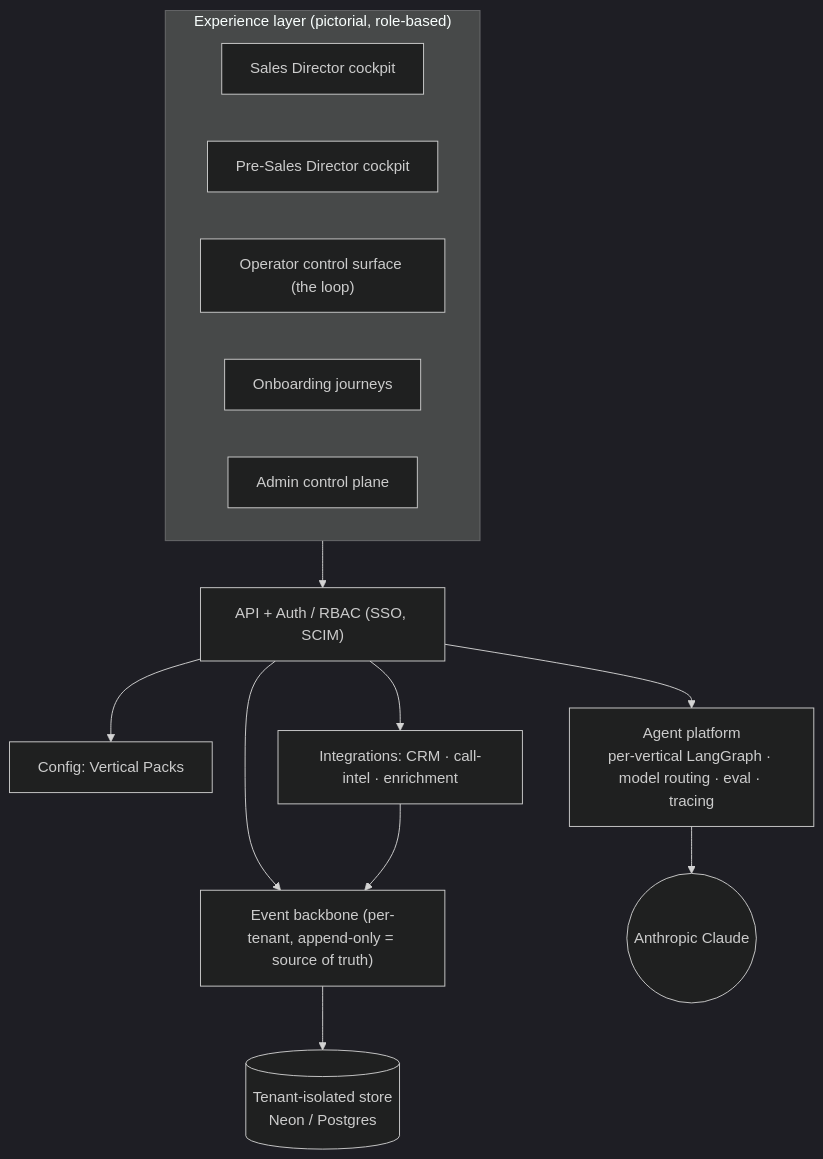
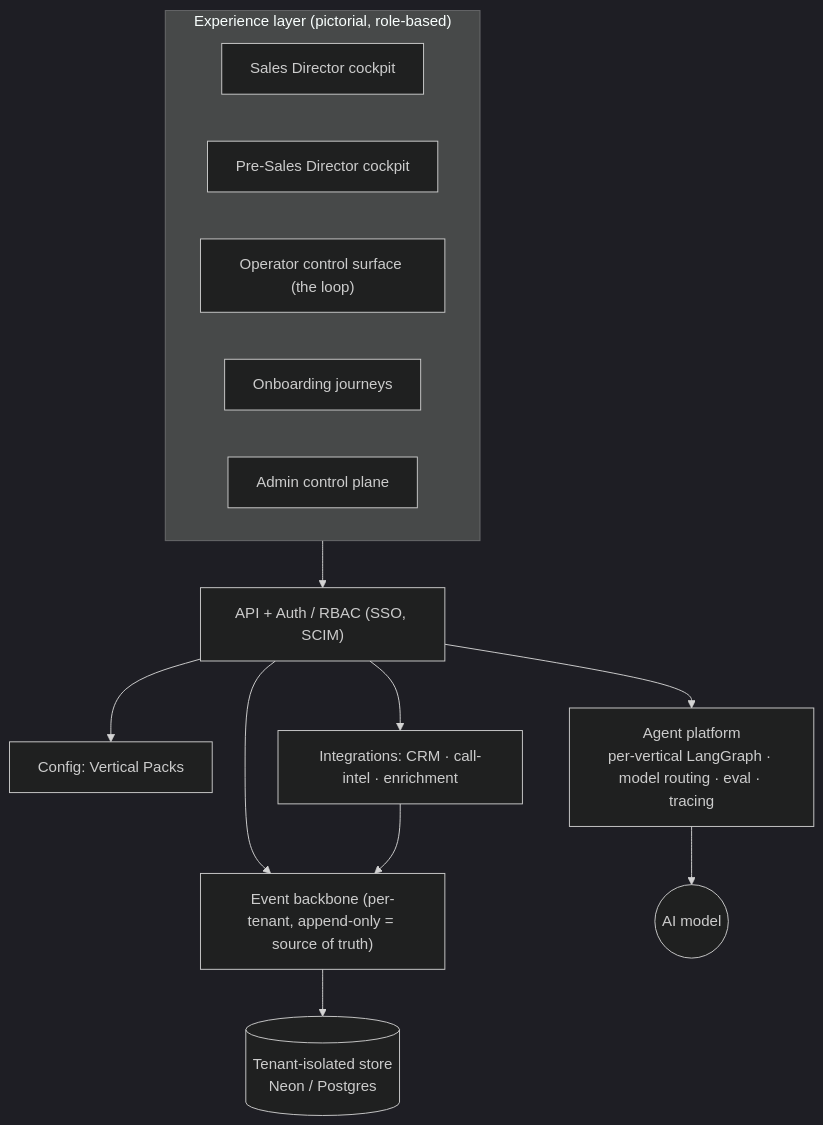
The sixth of 7 diagrams in PRODUCT.md (anupsahoo/revenueos), drawn with Mermaid (dark theme) before and after one commit. The commit also changed 7 other files, not shown here.

````diff
--- a/PRODUCT.md
+++ b/PRODUCT.md
@@ -125,18 +125,18 @@
 ```mermaid
 flowchart TB
   subgraph EXP["Experience layer (pictorial, role-based)"]
     SC["Sales Director cockpit"]
     PC["Pre-Sales Director cockpit"]
     OP["Operator control surface (the loop)"]
     ON["Onboarding journeys"]
     ADM["Admin control plane"]
   end
   EXP --> GW["API + Auth / RBAC (SSO, SCIM)"]
   GW --> CFG["Config: Vertical Packs"]
   GW --> AGT["Agent platform<br/>per-vertical LangGraph · model routing · eval · tracing"]
   GW --> EVB["Event backbone (per-tenant, append-only = source of truth)"]
-  AGT --> LLM(("Anthropic Claude"))
+  AGT --> LLM(("AI model"))
   EVB --> DB[("Tenant-isolated store<br/>Neon / Postgres")]
   GW --> INT["Integrations: CRM · call-intel · enrichment"]
   INT --> EVB
 ```
````
